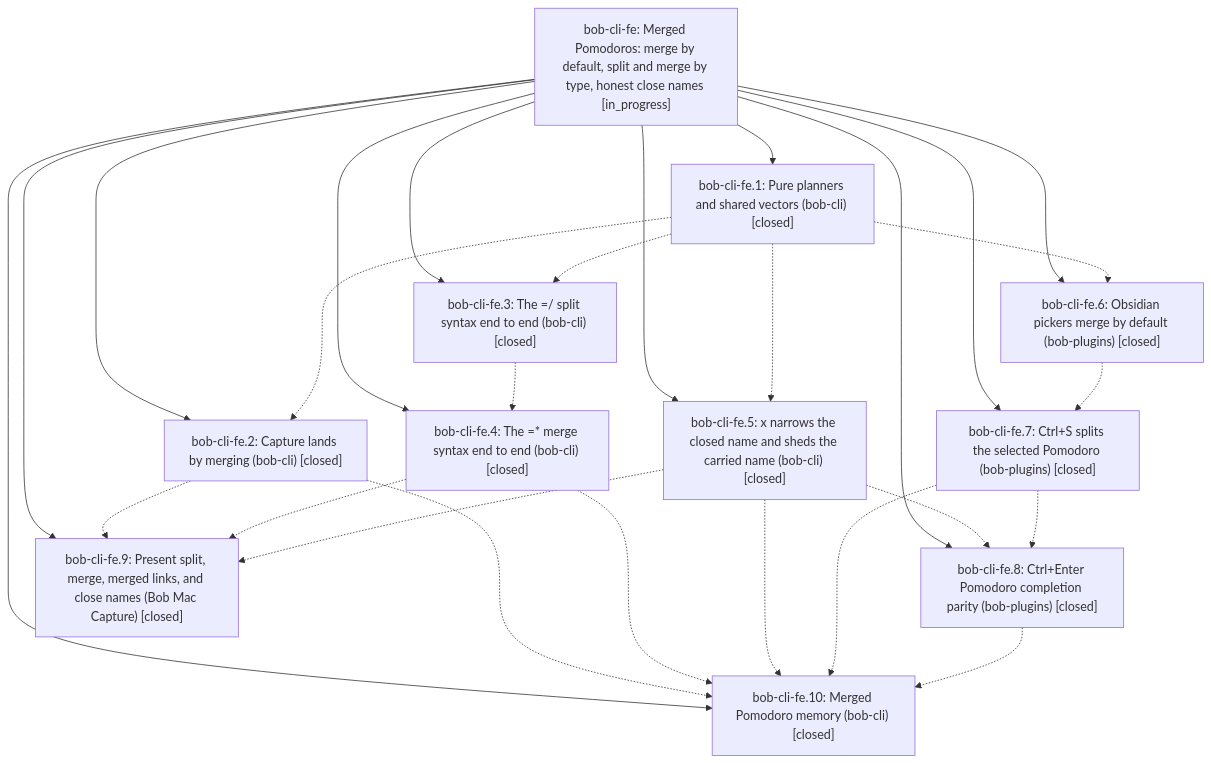
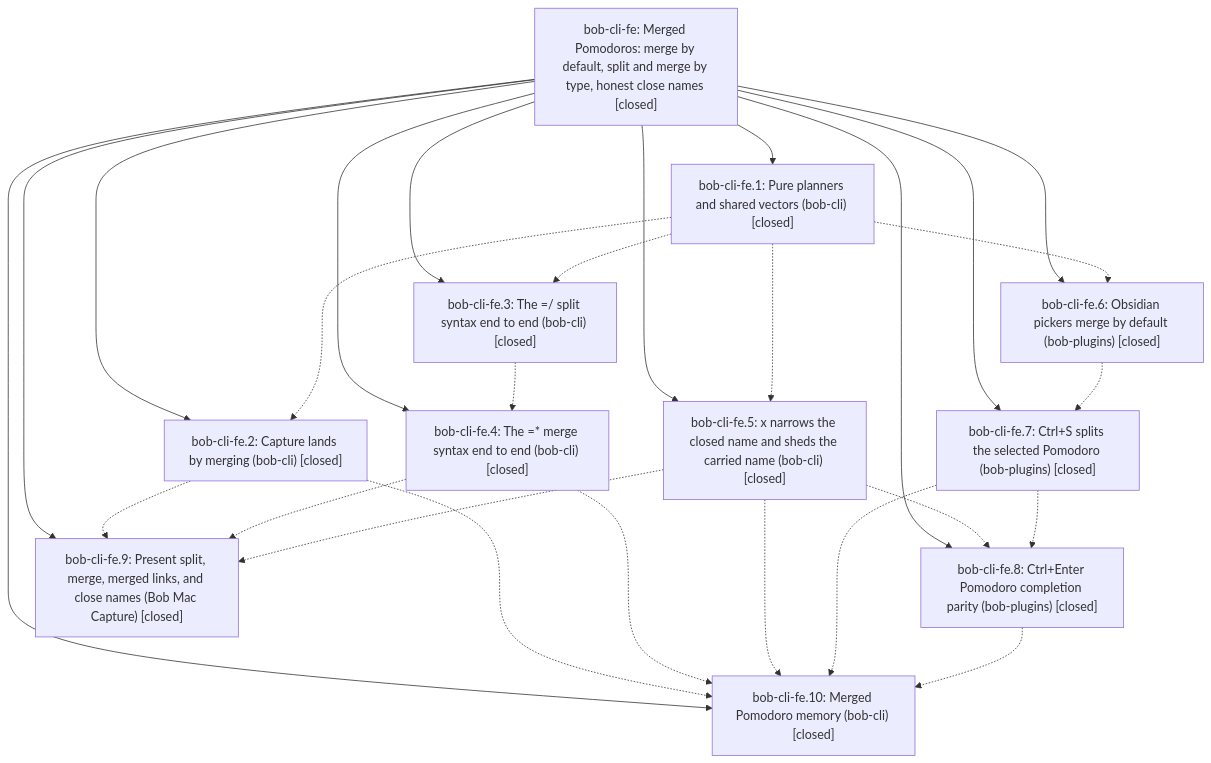
The diagram in pages/bob-cli-fe/README.md (bobs-org/bob-cli--beads), drawn with Mermaid before and after one commit. The commit also changed other lines of this file and 4 other files, not shown here.

First line of the commit message:
chore(beads): sync bead state and pages for bob-cli-fe

````diff
--- a/pages/bob-cli-fe/README.md
+++ b/pages/bob-cli-fe/README.md
@@ -53,40 +79,40 @@
 ```mermaid
 flowchart TD
-    n0["bob-cli-fe: Merged Pomodoros: merge by default, split and merge by type, honest close names [in_progress]"]
+    n0["bob-cli-fe: Merged Pomodoros: merge by default, split and merge by type, honest close names [closed]"]
     n1["bob-cli-fe.1: Pure planners and shared vectors (bob-cli) [closed]"]
     n2["bob-cli-fe.10: Merged Pomodoro memory (bob-cli) [closed]"]
     n3["bob-cli-fe.2: Capture lands by merging (bob-cli) [closed]"]
     n4["bob-cli-fe.3: The =/ split syntax end to end (bob-cli) [closed]"]
     n5["bob-cli-fe.4: The =* merge syntax end to end (bob-cli) [closed]"]
     n6["bob-cli-fe.5: x narrows the closed name and sheds the carried name (bob-cli) [closed]"]
     n7["bob-cli-fe.6: Obsidian pickers merge by default (bob-plugins) [closed]"]
     n8["bob-cli-fe.7: Ctrl+S splits the selected Pomodoro (bob-plugins) [closed]"]
     n9["bob-cli-fe.8: Ctrl+Enter Pomodoro completion parity (bob-plugins) [closed]"]
     n10["bob-cli-fe.9: Present split, merge, merged links, and close names (Bob Mac Capture) [closed]"]
     n0 --> n1
     n0 --> n2
     n0 --> n3
     n0 --> n4
     n0 --> n5
     n0 --> n6
     n0 --> n7
     n0 --> n8
     n0 --> n9
     n0 --> n10
     n1 -.-> n3
     n1 -.-> n4
     n1 -.-> n6
     n1 -.-> n7
     n3 -.-> n2
     n3 -.-> n10
     n4 -.-> n5
     n5 -.-> n2
     n5 -.-> n10
     n6 -.-> n2
     n6 -.-> n9
     n6 -.-> n10
     n7 -.-> n8
     n8 -.-> n2
     n8 -.-> n9
     n9 -.-> n2
 ```
````
